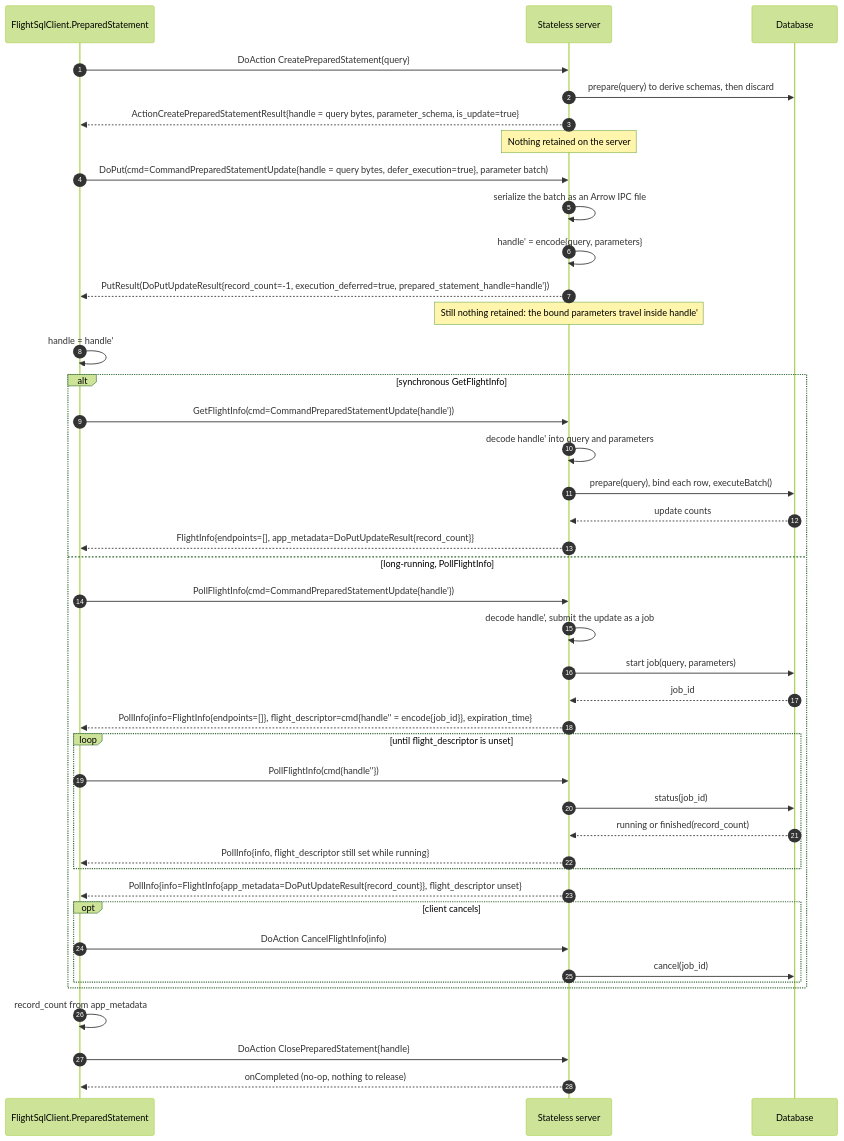
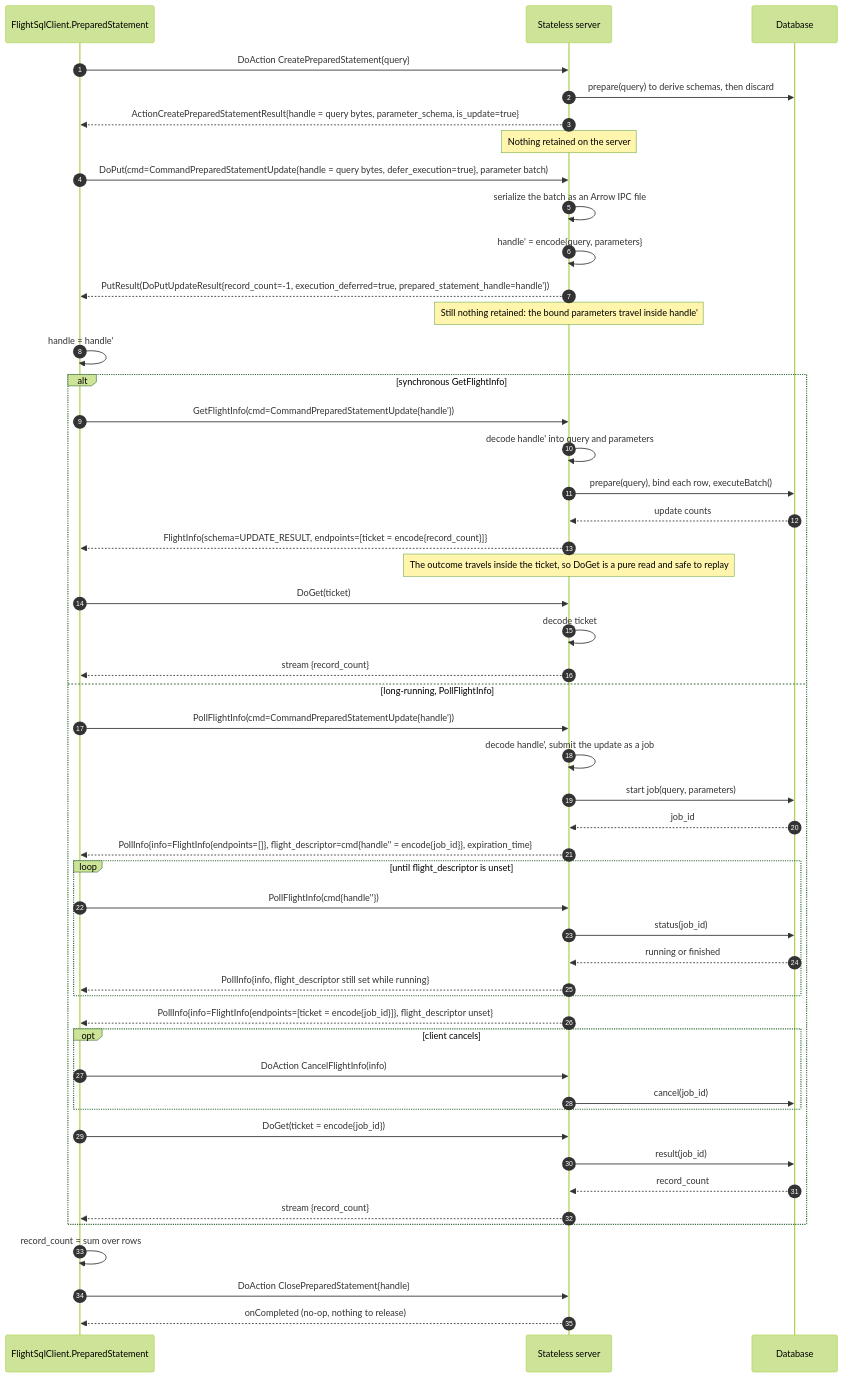
Before and after one commit to xborder/arrow-java: the fifth of 5 diagrams in flight/flight-sql/docs/detached-prepared-update-execution.md, drawn with Mermaid (forest theme). The commit also changed other lines of this file, not shown here.

First line of the commit message:
MINOR: [FlightSQL] Compare row count channels for GetFlightInfo based updates

````diff
--- a/flight/flight-sql/docs/detached-prepared-update-execution.md
+++ b/flight/flight-sql/docs/detached-prepared-update-execution.md
@@ -409,48 +457,56 @@
 ```mermaid
 sequenceDiagram
     autonumber
     participant C as FlightSqlClient.PreparedStatement
     participant S as Stateless server
     participant DB as Database
 
     C->>S: DoAction CreatePreparedStatement{query}
     S->>DB: prepare(query) to derive schemas, then discard
     S-->>C: ActionCreatePreparedStatementResult{handle = query bytes, parameter_schema, is_update=true}
     Note over S: Nothing retained on the server
 
     C->>S: DoPut(cmd=CommandPreparedStatementUpdate{handle = query bytes, defer_execution=true}, parameter batch)
     S->>S: serialize the batch as an Arrow IPC file
     S->>S: handle' = encode{query, parameters}
     S-->>C: PutResult(DoPutUpdateResult{record_count=-1, execution_deferred=true, prepared_statement_handle=handle'})
     Note over S: Still nothing retained: the bound parameters travel inside handle'
     C->>C: handle = handle'
 
     alt synchronous GetFlightInfo
         C->>S: GetFlightInfo(cmd=CommandPreparedStatementUpdate{handle'})
         S->>S: decode handle' into query and parameters
         S->>DB: prepare(query), bind each row, executeBatch()
         DB-->>S: update counts
-        S-->>C: FlightInfo{endpoints=[], app_metadata=DoPutUpdateResult{record_count}}
+        S-->>C: FlightInfo{schema=UPDATE_RESULT, endpoints=[ticket = encode{record_count}]}
+        Note over S: The outcome travels inside the ticket, so DoGet is a pure read and safe to replay
+        C->>S: DoGet(ticket)
+        S->>S: decode ticket
+        S-->>C: stream {record_count}
     else long-running, PollFlightInfo
         C->>S: PollFlightInfo(cmd=CommandPreparedStatementUpdate{handle'})
         S->>S: decode handle', submit the update as a job
         S->>DB: start job(query, parameters)
         DB-->>S: job_id
         S-->>C: PollInfo{info=FlightInfo{endpoints=[]}, flight_descriptor=cmd{handle'' = encode{job_id}}, expiration_time}
         loop until flight_descriptor is unset
             C->>S: PollFlightInfo(cmd{handle''})
             S->>DB: status(job_id)
-            DB-->>S: running or finished(record_count)
+            DB-->>S: running or finished
             S-->>C: PollInfo{info, flight_descriptor still set while running}
         end
-        S-->>C: PollInfo{info=FlightInfo{app_metadata=DoPutUpdateResult{record_count}}, flight_descriptor unset}
+        S-->>C: PollInfo{info=FlightInfo{endpoints=[ticket = encode{job_id}]}, flight_descriptor unset}
         opt client cancels
             C->>S: DoAction CancelFlightInfo(info)
             S->>DB: cancel(job_id)
         end
+        C->>S: DoGet(ticket = encode{job_id})
+        S->>DB: result(job_id)
+        DB-->>S: record_count
+        S-->>C: stream {record_count}
     end
-    C->>C: record_count from app_metadata
+    C->>C: record_count = sum over rows
 
     C->>S: DoAction ClosePreparedStatement{handle}
     S-->>C: onCompleted (no-op, nothing to release)
 ```
````
